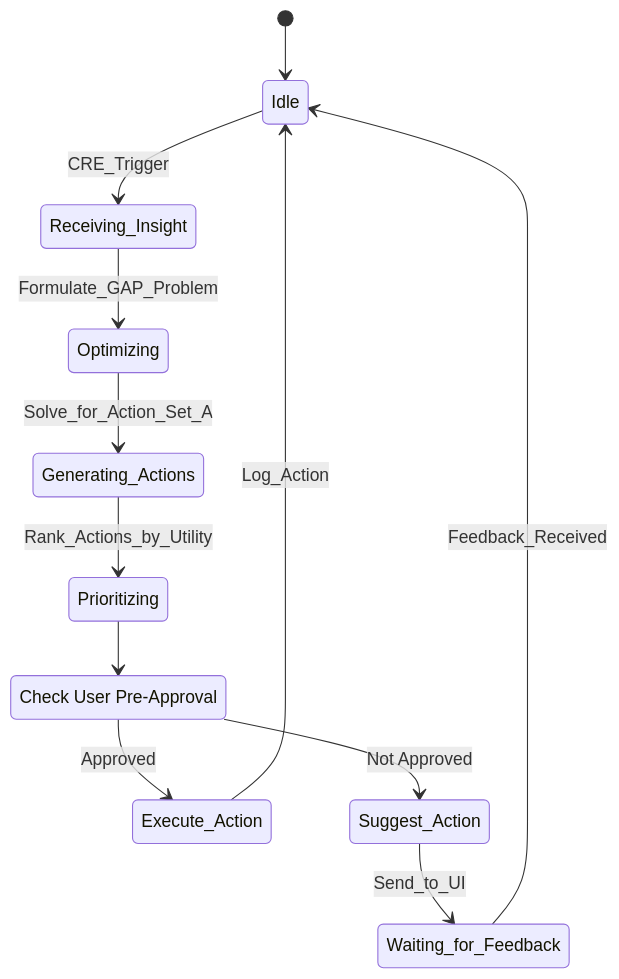
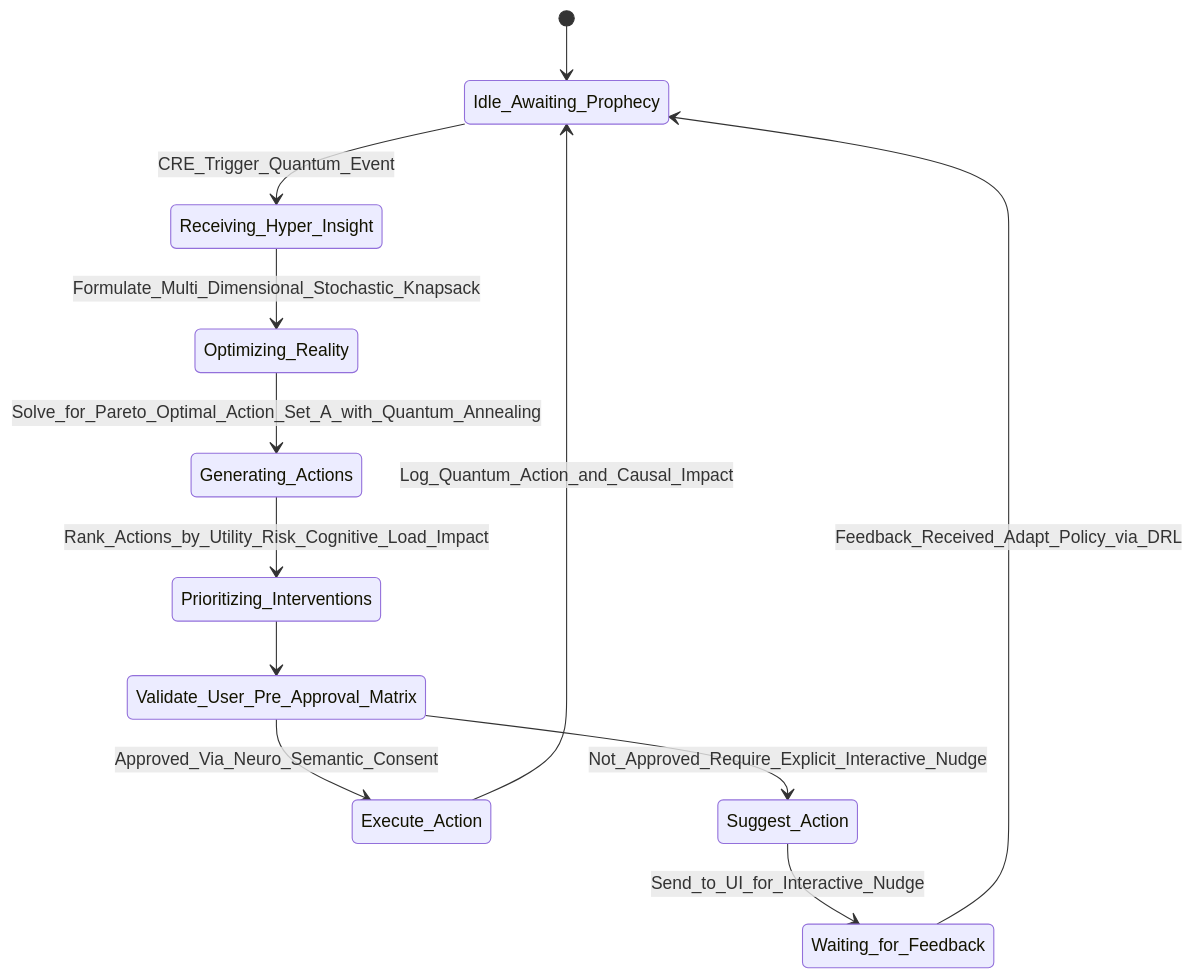
The fifth of 10 diagrams in inventions/106_ai_agent_for_personal_life_optimization.md (diplomat-bit/Citibank_Demo_Business_Inc_Demonstration-), drawn with Mermaid before and after one commit. The commit also changed other lines of this file, not shown here.

````diff
--- a/inventions/106_ai_agent_for_personal_life_optimization.md
+++ b/inventions/106_ai_agent_for_personal_life_optimization.md
@@ -290,16 +355,16 @@
 ```mermaid
 stateDiagram-v2
-    [*] --> Idle
+    [*] --> Idle_Awaiting_Prophecy
 
-    Idle --> Receiving_Insight: CRE_Trigger
-    Receiving_Insight --> Optimizing: Formulate_GAP_Problem
-    Optimizing --> Generating_Actions: Solve_for_Action_Set_A
-    Generating_Actions --> Prioritizing: Rank_Actions_by_Utility
-    Prioritizing --> Action_Check
-    Action_Check: Check User Pre-Approval
-    Action_Check --> Execute_Action: Approved
-    Action_Check --> Suggest_Action: Not Approved
-    Execute_Action --> Idle: Log_Action
-    Suggest_Action --> Waiting_for_Feedback: Send_to_UI
-    Waiting_for_Feedback --> Idle: Feedback_Received
+    Idle_Awaiting_Prophecy --> Receiving_Hyper_Insight: CRE_Trigger_Quantum_Event
+    Receiving_Hyper_Insight --> Optimizing_Reality: Formulate_Multi_Dimensional_Stochastic_Knapsack
+    Optimizing_Reality --> Generating_Actions: Solve_for_Pareto_Optimal_Action_Set_A_with_Quantum_Annealing
+    Generating_Actions --> Prioritizing_Interventions: Rank_Actions_by_Utility_Risk_Cognitive_Load_Impact
+    Prioritizing_Interventions --> Consent_Check
+    Consent_Check: Validate_User_Pre_Approval_Matrix
+    Consent_Check --> Execute_Action: Approved_Via_Neuro_Semantic_Consent
+    Consent_Check --> Suggest_Action: Not_Approved_Require_Explicit_Interactive_Nudge
+    Execute_Action --> Idle_Awaiting_Prophecy: Log_Quantum_Action_and_Causal_Impact
+    Suggest_Action --> Waiting_for_Feedback: Send_to_UI_for_Interactive_Nudge
+    Waiting_for_Feedback --> Idle_Awaiting_Prophecy: Feedback_Received_Adapt_Policy_via_DRL
 ```
````
